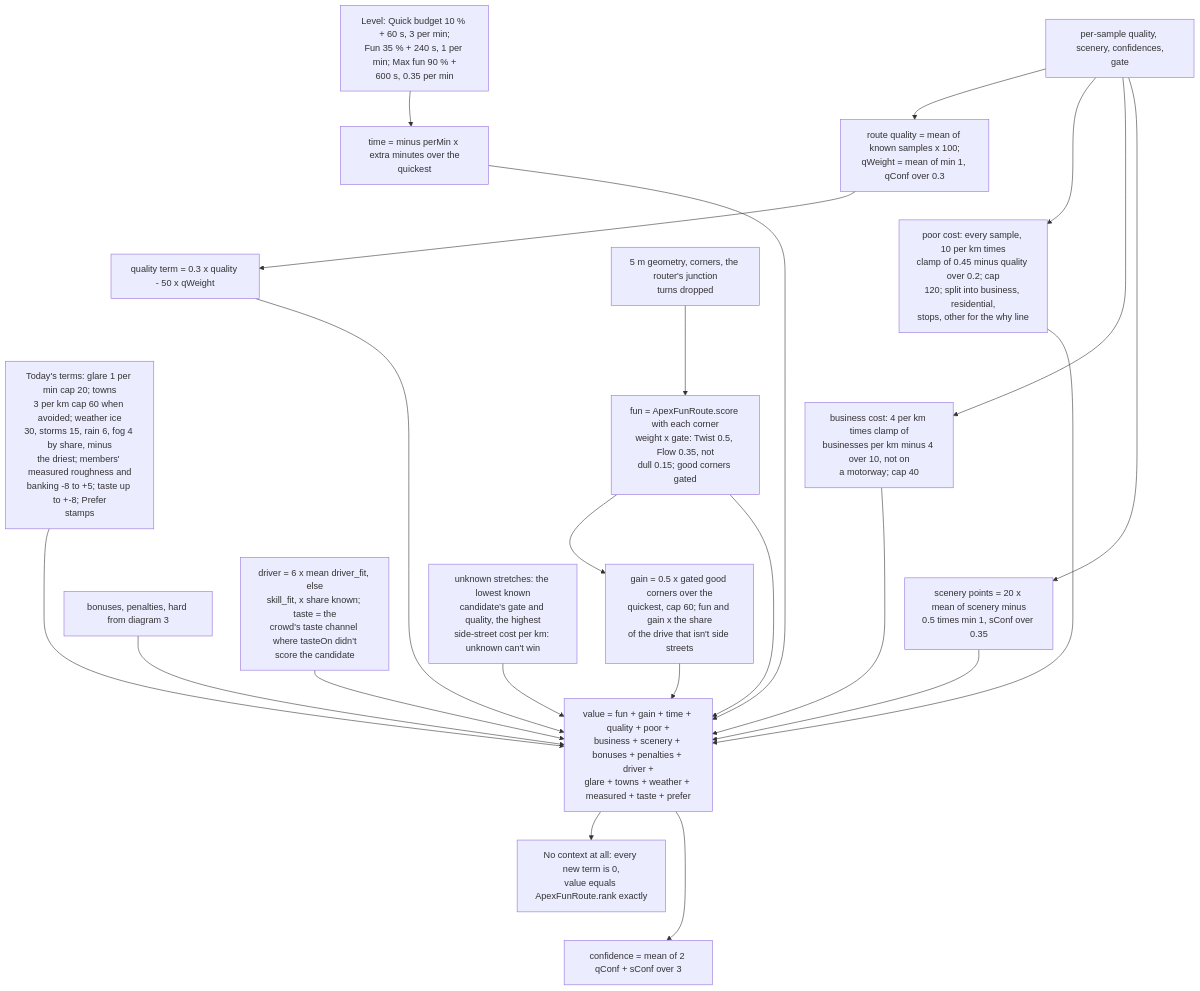
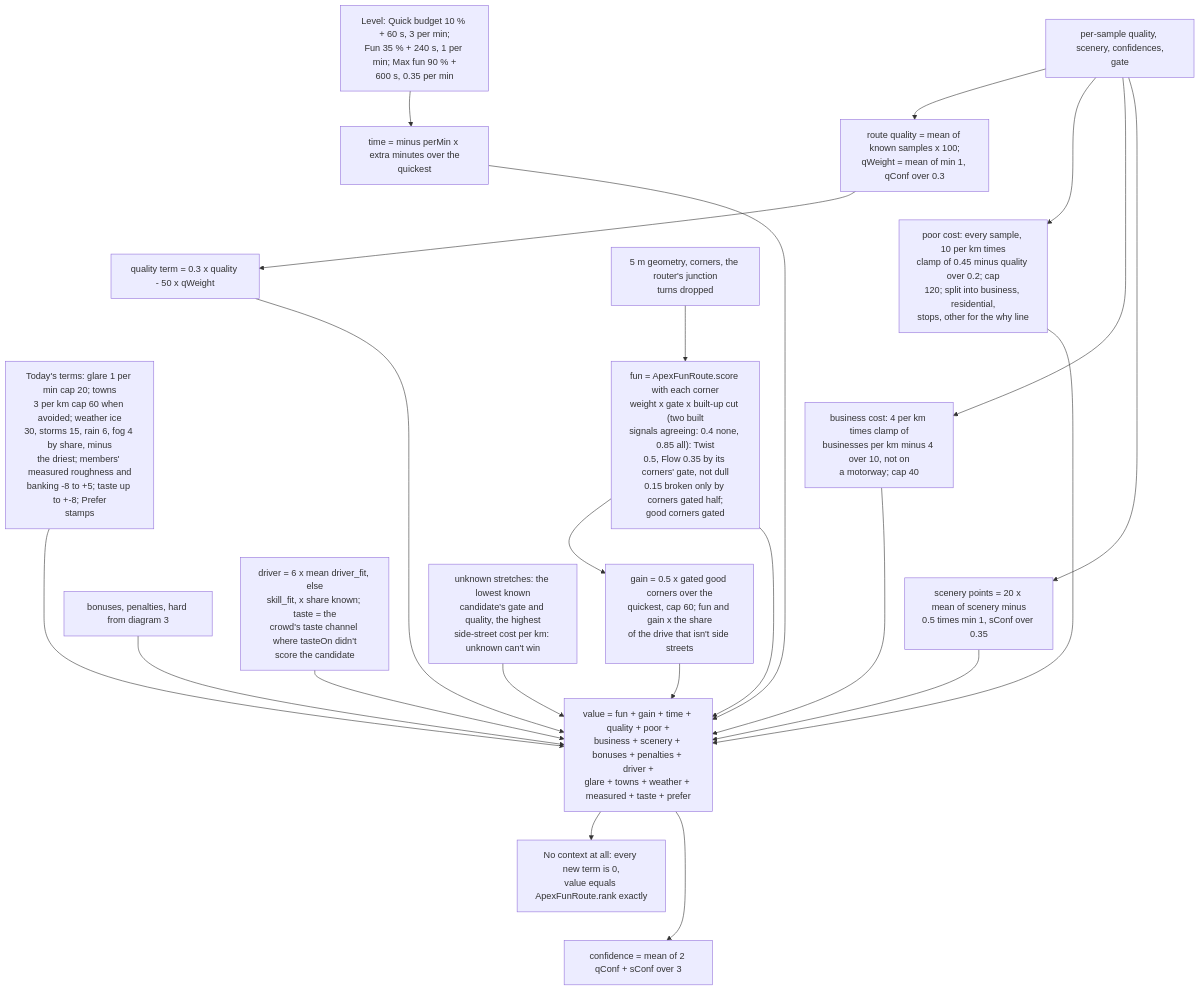
One commit to Senft5/ApexNav changed the fourth of 5 diagrams in docs/ROUTE_ENGINE.md. Above: the diagram before and after it, drawn with Mermaid. The commit also changed other lines of this file and 9 other files, not shown here.

````diff
--- a/docs/ROUTE_ENGINE.md
+++ b/docs/ROUTE_ENGINE.md
@@ -124,22 +124,22 @@
 ```mermaid
 flowchart TD
   SAMP["per-sample quality, scenery, confidences,<br>gate"] --> QR["route quality = mean of known samples x 100;<br>qWeight = mean of min 1, qConf over 0.3"]
   SAMP --> POOR["poor cost: every sample, 10 per km times<br>clamp of 0.45 minus quality over 0.2; cap<br>120; split into business, residential,<br>stops, other for the why line"]
   SAMP --> BIZ["business cost: 4 per km times clamp of<br>businesses per km minus 4 over 10, not on<br>a motorway; cap 40"]
   SAMP --> SCN["scenery points = 20 x mean of scenery minus<br>0.5 times min 1, sConf over 0.35"]
-  GEO["5 m geometry, corners, the router's junction<br>turns dropped"] --> FUN["fun = ApexFunRoute.score with each corner<br>weight x gate: Twist 0.5, Flow 0.35, not<br>dull 0.15; good corners gated"]
+  GEO["5 m geometry, corners, the router's junction<br>turns dropped"] --> FUN["fun = ApexFunRoute.score with each corner<br>weight x gate x built-up cut (two built<br>signals agreeing: 0.4 none, 0.85 all): Twist<br>0.5, Flow 0.35 by its corners' gate, not dull<br>0.15 broken only by corners gated half;<br>good corners gated"]
   FUN --> GAIN["gain = 0.5 x gated good corners over the<br>quickest, cap 60; fun and gain x the share<br>of the drive that isn't side streets"]
   LVL["Level: Quick budget 10 % + 60 s, 3 per min;<br>Fun 35 % + 240 s, 1 per min; Max fun 90 % +<br>600 s, 0.35 per min"] --> TIME["time = minus perMin x extra minutes over the<br>quickest"]
   QR --> QT["quality term = 0.3 x quality - 50 x qWeight"]
   DRV["driver = 6 x mean driver_fit, else<br>skill_fit, x share known; taste = the<br>crowd's taste channel where tasteOn didn't<br>score the candidate"] --> V
   OLD["Today's terms: glare 1 per min cap 20; towns<br>3 per km cap 60 when avoided; weather ice<br>30, storms 15, rain 6, fog 4 by share, minus<br>the driest; members' measured roughness and<br>banking -8 to +5; taste up to +-8; Prefer<br>stamps"] --> V
   QR ~~~ POOR ~~~ BIZ ~~~ SCN
   FUN ~~~ GAIN
   LVL ~~~ TIME ~~~ QT ~~~ OLD ~~~ BP
   FUN & GAIN & TIME & QT & POOR & BIZ & SCN --> V["value = fun + gain + time + quality + poor +<br>business + scenery + bonuses + penalties + driver +<br>glare + towns + weather + measured + taste + prefer"]
   BP["bonuses, penalties, hard from diagram 3"] --> V
   UNK["unknown stretches: the lowest known<br>candidate's gate and quality, the highest<br>side-street cost per km: unknown can't win"] --> V
   V --> NOCTX["No context at all: every new term is 0,<br>value equals ApexFunRoute.rank exactly"]
   NOCTX ~~~ CONF
   V --> CONF["confidence = mean of 2 qConf + sConf over 3"]
 ```
````
